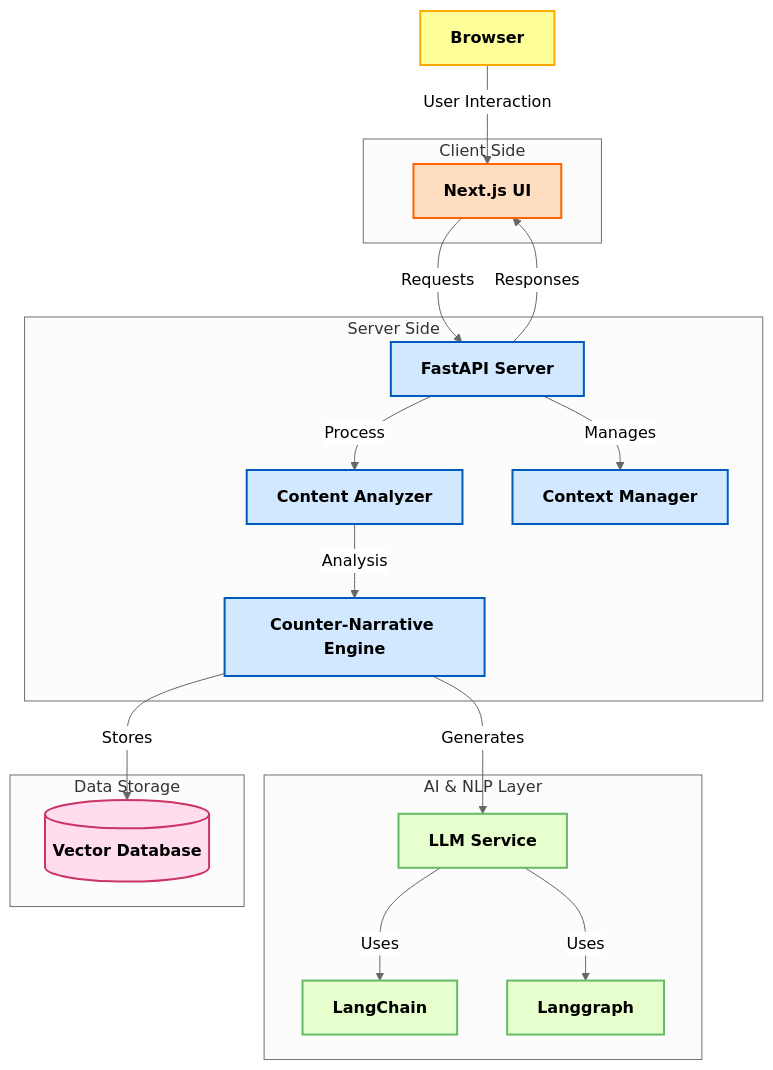
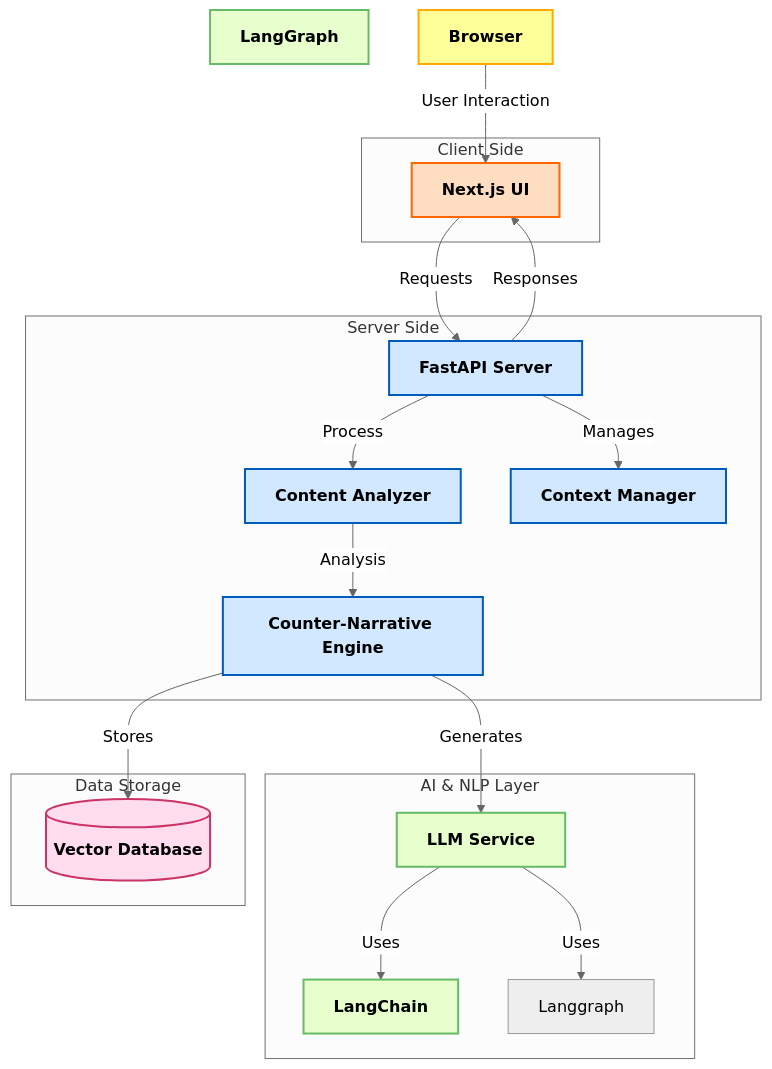
Before and after one commit to AOSSIE-Org/Perspective: the second of 2 diagrams in README.md, drawn with Mermaid (neutral theme). The commit also changed other lines of this file, not shown here.

Commit message:
docs: fix README headings, environment variables, and Mermaid diagram

````diff
--- a/README.md
+++ b/README.md
@@ -185,48 +184,48 @@
 ```mermaid
 graph TB
     %% Define Subgraphs with Colors and Text Styles
     subgraph Client Side
         style UI fill:#FFDDC1,stroke:#FF6600,stroke-width:2px,color:#000,font-weight:bold
         UI[Next.js UI]
     end
 
     subgraph Server Side
         style API fill:#D1E8FF,stroke:#005BBB,stroke-width:2px,color:#000,font-weight:bold
         style Analyzer fill:#D1E8FF,stroke:#005BBB,stroke-width:2px,color:#000,font-weight:bold
         style CNEngine fill:#D1E8FF,stroke:#005BBB,stroke-width:2px,color:#000,font-weight:bold
         style Context fill:#D1E8FF,stroke:#005BBB,stroke-width:2px,color:#000,font-weight:bold
         API[FastAPI Server]
         Analyzer[Content Analyzer]
         CNEngine[Counter-Narrative Engine]
         Context[Context Manager]
 
     end
 
     subgraph AI & NLP Layer
         style LLM fill:#E6FFCC,stroke:#66BB66,stroke-width:2px,color:#000,font-weight:bold
         style LangChain fill:#E6FFCC,stroke:#66BB66,stroke-width:2px,color:#000,font-weight:bold
-        style Langgraph fill:#E6FFCC,stroke:#66BB66,stroke-width:2px,color:#000,font-weight:bold
+        style LangGraph fill:#E6FFCC,stroke:#66BB66,stroke-width:2px,color:#000,font-weight:bold
         LLM[LLM Service]
         LangChain[LangChain]
         Langgraph[Langgraph]
     end
 
     subgraph Data Storage
         style VectorDB fill:#FFDDEE,stroke:#CC3366,stroke-width:2px,color:#000,font-weight:bold
         VectorDB[(Vector Database)]
     end
 
     %% Define Connections with Labels
     style Browser fill:#FFFF99,stroke:#FFAA00,stroke-width:2px,color:#000,font-weight:bold
     Browser -->|User Interaction| UI
     UI -->|Requests| API
     API -->|Process| Analyzer
     Analyzer -->|Analysis| CNEngine
     CNEngine -->|Generates| LLM
     LLM -->|Uses| LangChain
     LLM -->|Uses| Langgraph
     API -->|Manages| Context
     CNEngine -->|Stores| VectorDB
     API -->|Responses| UI
 
 ```
````
